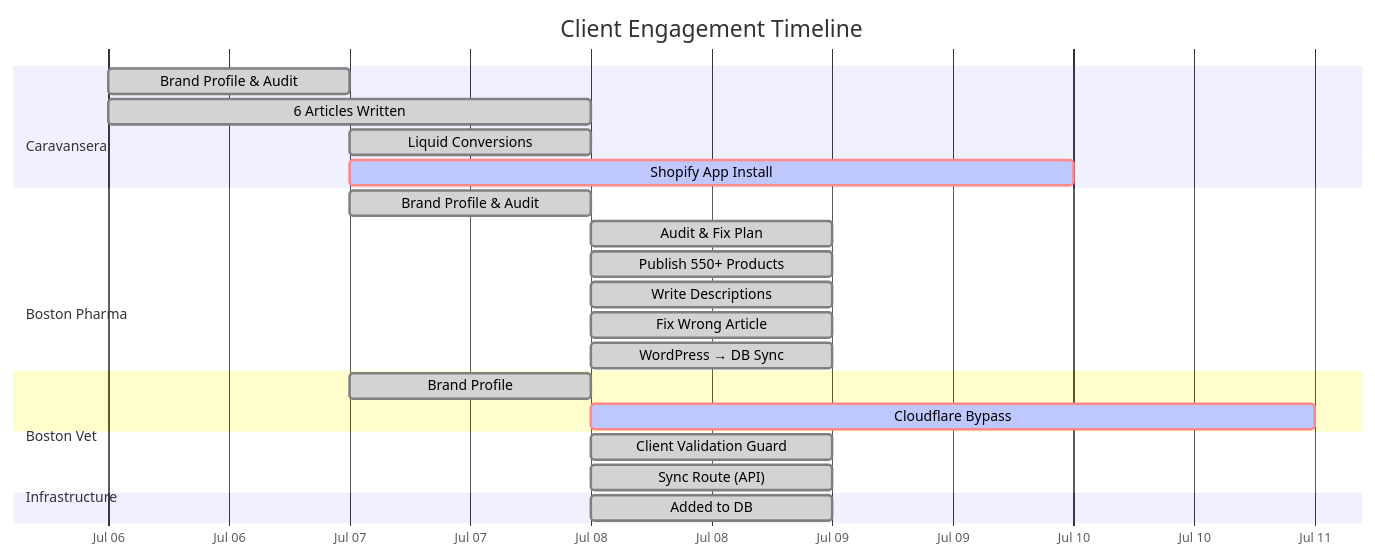
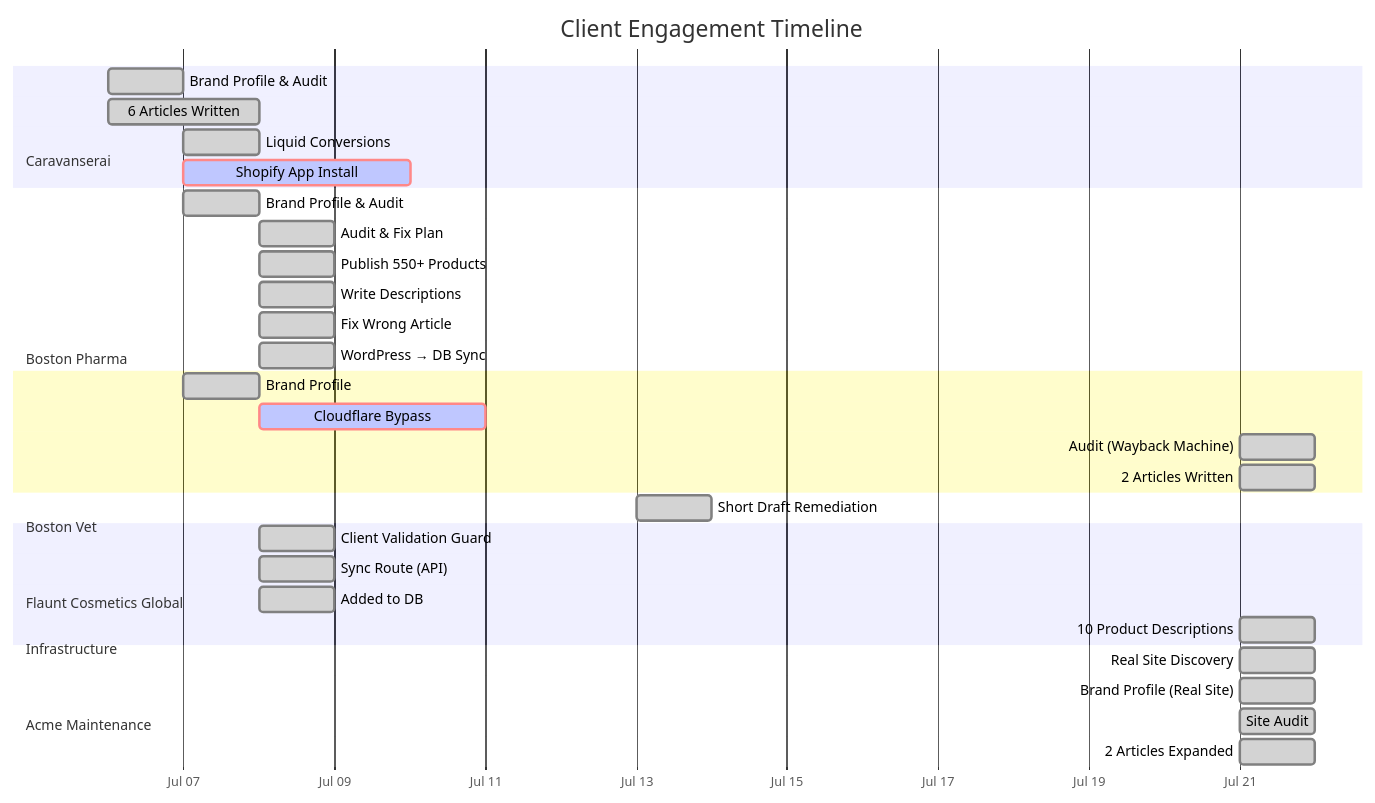
The diagram in doc/DASHBOARD.md (yusuf-mohamed0/tds-geo), drawn with Mermaid before and after one commit. The commit also changed other lines of this file and 1187 other files, not shown here.

````diff
--- a/doc/DASHBOARD.md
+++ b/doc/DASHBOARD.md
@@ -9,32 +9,46 @@
 ```mermaid
 gantt
     title Client Engagement Timeline
     dateFormat  YYYY-MM-DD
     axisFormat  %b %d
 
     section Caravanserai
     Brand Profile & Audit        :done, 2026-07-06, 1d
     6 Articles Written           :done, 2026-07-06, 2d
     Liquid Conversions           :done, 2026-07-07, 1d
     Shopify App Install          :crit, active, 2026-07-07, 3d
 
     section Boston Pharma
     Brand Profile & Audit        :done, 2026-07-07, 1d
     Audit & Fix Plan             :done, 2026-07-08, 1d
     Publish 550+ Products        :done, 2026-07-08, 1d
     Write Descriptions           :done, 2026-07-08, 1d
     Fix Wrong Article            :done, 2026-07-08, 1d
     WordPress → DB Sync          :done, 2026-07-08, 1d
 
     section Boston Vet
     Brand Profile                :done, 2026-07-07, 1d
     Cloudflare Bypass            :crit, active, 2026-07-08, 3d
+    Audit (Wayback Machine)      :done, 2026-07-21, 1d
+    2 Articles Written           :done, 2026-07-21, 1d
+
+    section Flaunt Cosmetics Global
+    Short Draft Remediation      :done, 2026-07-13, 1d
 
     section Infrastructure
     Client Validation Guard      :done, 2026-07-08, 1d
     Sync Route (API)             :done, 2026-07-08, 1d
 
     section Caravanserai
     Added to DB                  :done, 2026-07-08, 1d
+    10 Product Descriptions      :done, 2026-07-21, 1d
+
+    section Acme Maintenance
+    Real Site Discovery          :done, 2026-07-21, 1d
+    Brand Profile (Real Site)    :done, 2026-07-21, 1d
+    Site Audit                   :done, 2026-07-21, 1d
+
+    section Boston Pharma
+    2 Articles Expanded          :done, 2026-07-21, 1d
 
 ```
````
